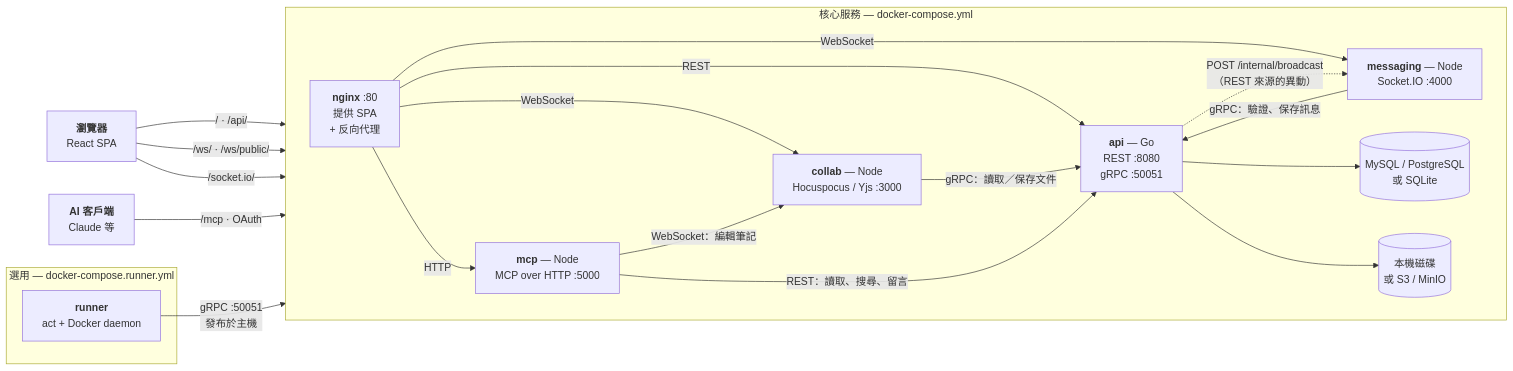
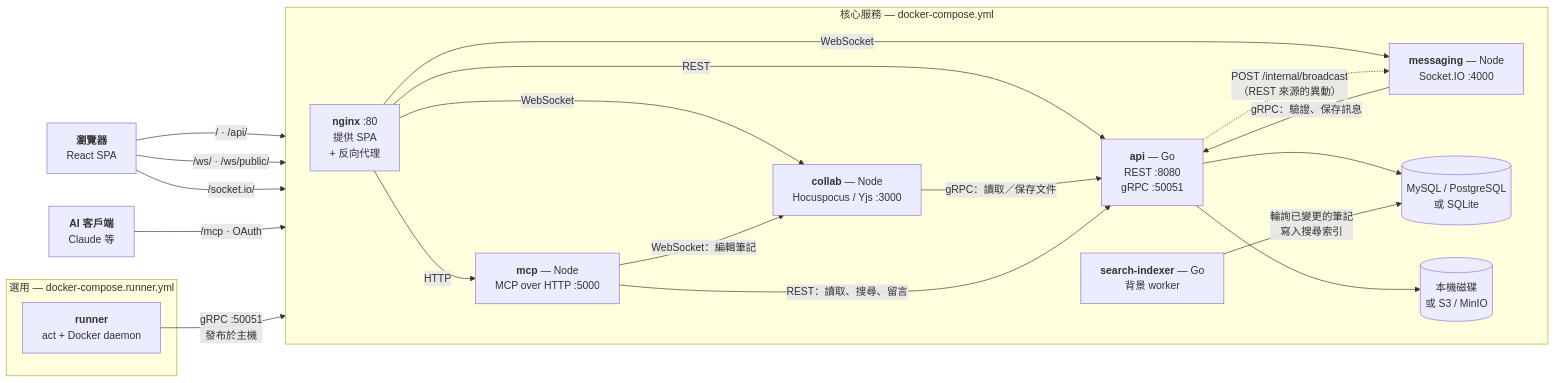
The diagram in README.zh-TW.md (notomate/notomate), drawn with Mermaid before and after one commit. The commit also changed other lines of this file and 50 other files, not shown here.

First line of the commit message:
feat: structured note search with a background search indexer

````diff
--- a/README.zh-TW.md
+++ b/README.zh-TW.md
@@ -56,41 +56,43 @@
 ```mermaid
 flowchart LR
     browser["<b>瀏覽器</b><br/>React SPA"]
     aiclient["<b>AI 客戶端</b><br/>Claude 等"]
 
     subgraph core["核心服務 — docker-compose.yml"]
         direction LR
         nginx["<b>nginx</b> :80<br/>提供 SPA<br/>+ 反向代理"]
         api["<b>api</b> — Go<br/>REST :8080<br/>gRPC :50051"]
         collab["<b>collab</b> — Node<br/>Hocuspocus / Yjs :3000"]
         messaging["<b>messaging</b> — Node<br/>Socket.IO :4000"]
         mcp["<b>mcp</b> — Node<br/>MCP over HTTP :5000"]
+        indexer["<b>search-indexer</b> — Go<br/>背景 worker"]
         db[("MySQL / PostgreSQL<br/>或 SQLite")]
         store[("本機磁碟<br/>或 S3 / MinIO")]
     end
 
     subgraph runnerstack["選用 — docker-compose.runner.yml"]
         runner["<b>runner</b><br/>act + Docker daemon"]
     end
 
     browser -->|"/ · /api/"| nginx
     browser -->|"/ws/ · /ws/public/"| nginx
     browser -->|"/socket.io/"| nginx
     aiclient -->|"/mcp · OAuth"| nginx
 
     nginx -->|"REST"| api
     nginx -->|"WebSocket"| collab
     nginx -->|"WebSocket"| messaging
     nginx -->|"HTTP"| mcp
 
     collab -->|"gRPC：讀取／保存文件"| api
     messaging -->|"gRPC：驗證、保存訊息"| api
     mcp -->|"REST：讀取、搜尋、留言"| api
     mcp -->|"WebSocket：編輯筆記"| collab
     api -.->|"POST /internal/broadcast<br/>（REST 來源的異動）"| messaging
 
     api --> db
     api --> store
+    indexer -->|"輪詢已變更的筆記<br/>寫入搜尋索引"| db
 
     runner -->|"gRPC :50051<br/>發布於主機"| api
 ```
````
